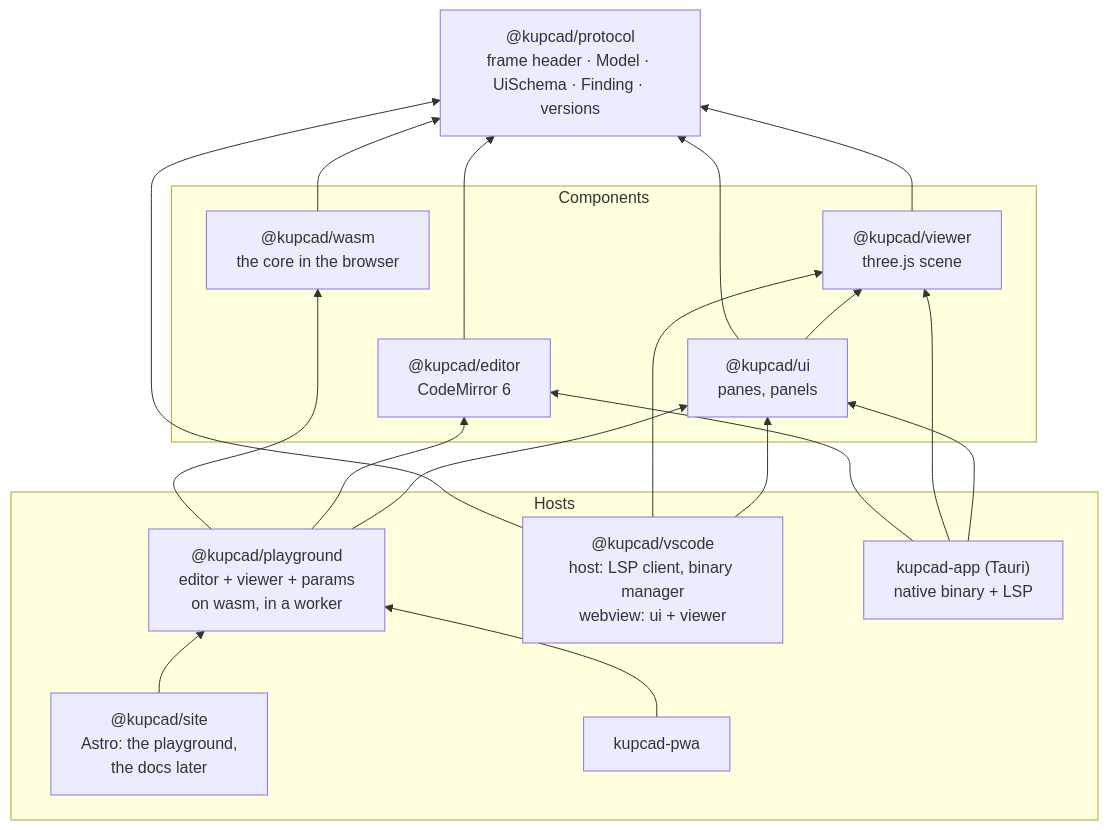
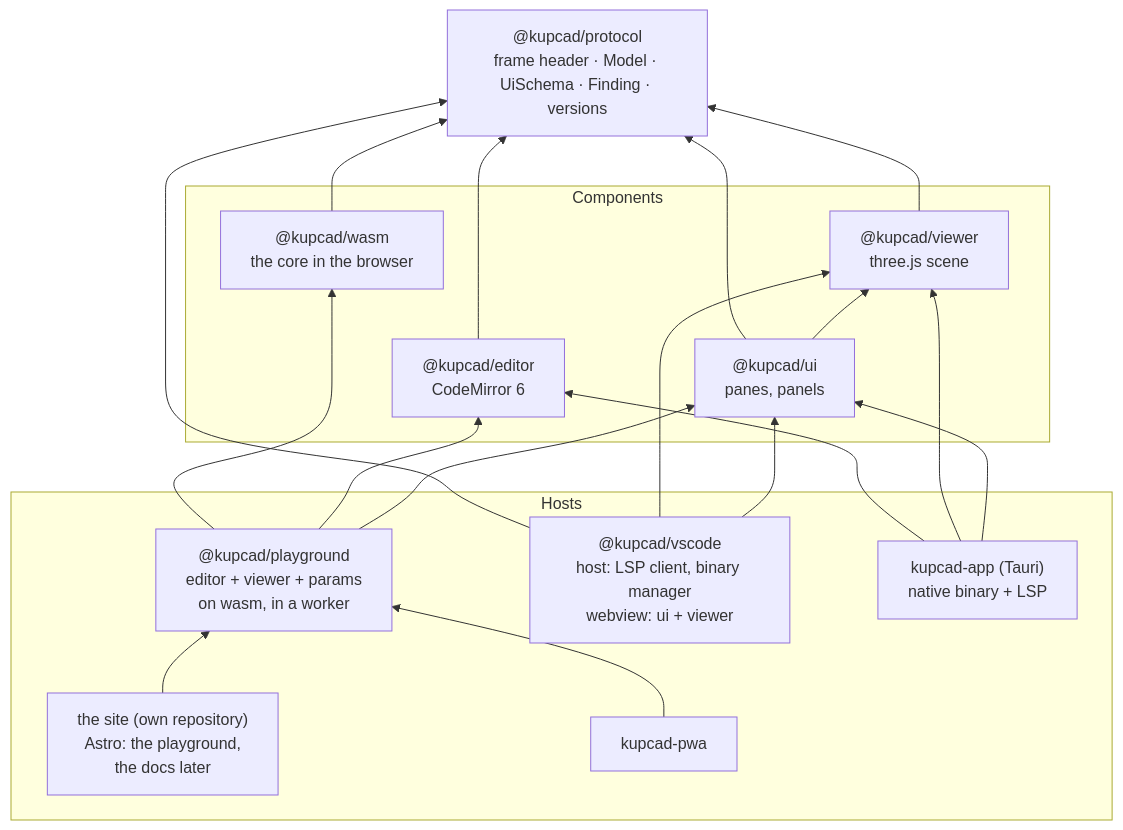
One commit to kupcad/kupcad changed the diagram in packages/architecture.md. Above: the diagram before and after it, drawn with Mermaid. The commit also changed other lines of this file and 21 other files, not shown here.

First line of the commit message:
playground: its page and smoke test, moved from the site, which goes to a repository of its own

````diff
--- a/packages/architecture.md
+++ b/packages/architecture.md
@@ -11,36 +11,36 @@
 ```mermaid
 flowchart BT
     protocol["@kupcad/protocol<br/>frame header · Model · UiSchema · Finding · versions"]
 
     subgraph components ["Components"]
         wasm["@kupcad/wasm<br/>the core in the browser"]
         viewer["@kupcad/viewer<br/>three.js scene"]
         ui["@kupcad/ui<br/>panes, panels"]
         editor["@kupcad/editor<br/>CodeMirror 6"]
     end
 
     subgraph hosts ["Hosts"]
         playground["@kupcad/playground<br/>editor + viewer + params<br/>on wasm, in a worker"]
         vscode["@kupcad/vscode<br/>host: LSP client, binary manager<br/>webview: ui + viewer"]
         app["kupcad-app (Tauri)<br/>native binary + LSP"]
-        docs["@kupcad/site<br/>Astro: the playground,<br/>the docs later"]
+        docs["the site (own repository)<br/>Astro: the playground,<br/>the docs later"]
         pwa["kupcad-pwa"]
     end
 
     wasm --> protocol
     viewer --> protocol
     ui --> protocol
     ui --> viewer
     editor --> protocol
     playground --> wasm
     playground --> editor
     playground --> ui
     vscode --> protocol
     vscode --> viewer
     vscode --> ui
     app --> editor
     app --> viewer
     app --> ui
     docs --> playground
     pwa --> playground
 ```
````
